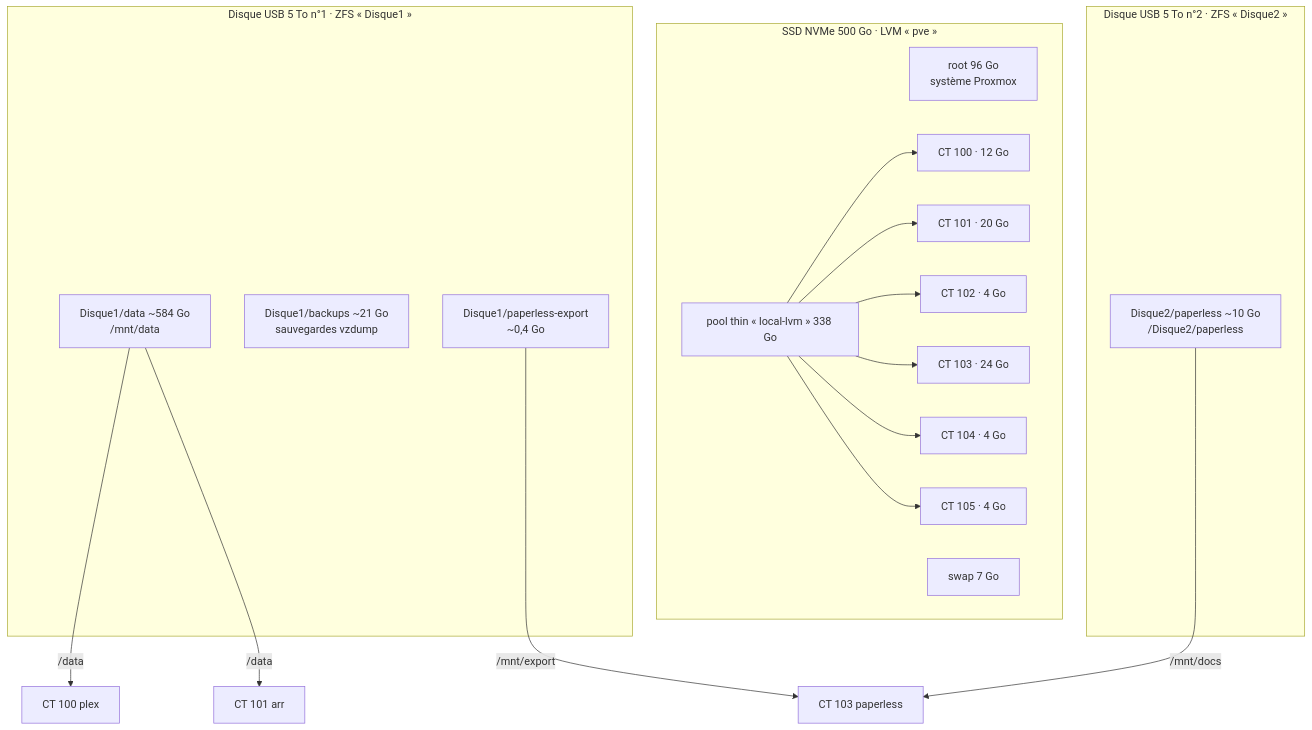
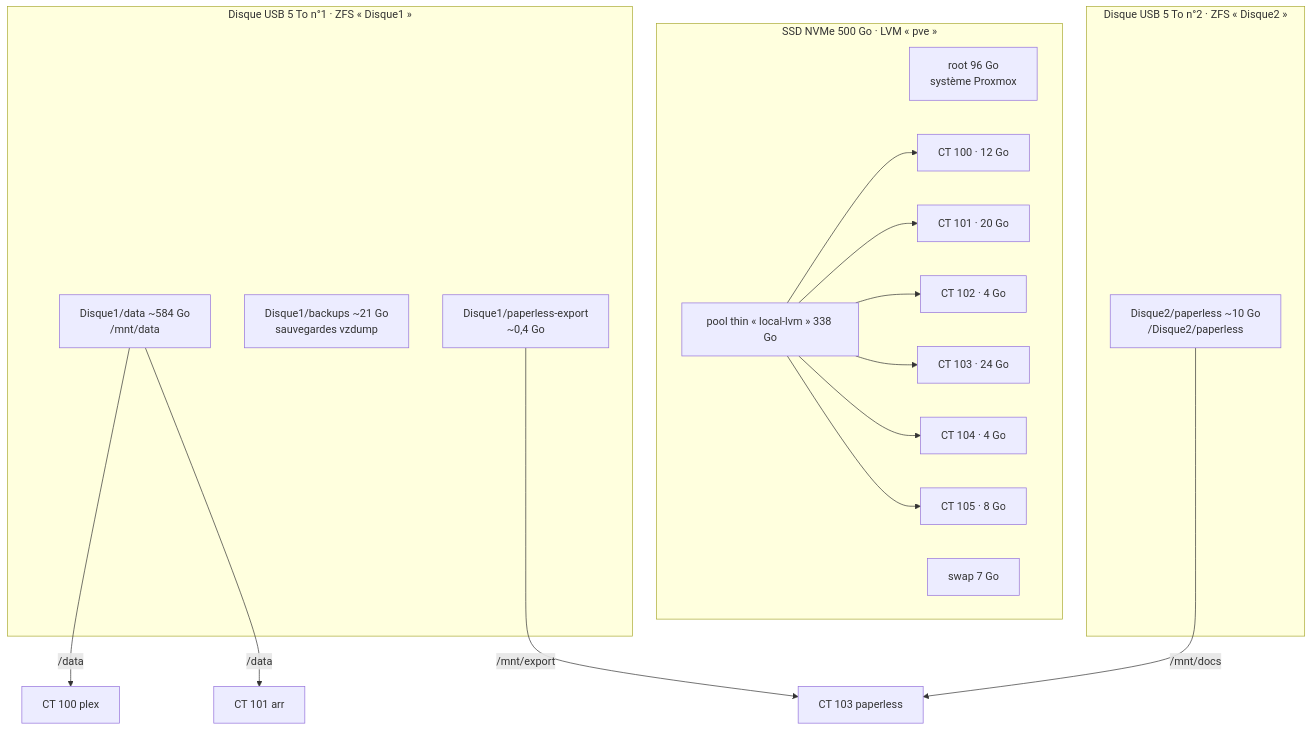
Before and after one commit to BksSidAhmed/infra-pve: the third of 4 diagrams in docs/schemas.md, drawn with Mermaid. The commit also changed 4 other files, not shown here.

````diff
--- a/docs/schemas.md
+++ b/docs/schemas.md
@@ -78,26 +78,26 @@
 ```mermaid
 flowchart TB
     subgraph nvme["SSD NVMe 500 Go · LVM « pve »"]
         root["root 96 Go<br/>système Proxmox"]
         swap["swap 7 Go"]
         thin["pool thin « local-lvm » 338 Go"]
         thin --> d100["CT 100 · 12 Go"]
         thin --> d101["CT 101 · 20 Go"]
         thin --> d102["CT 102 · 4 Go"]
         thin --> d103["CT 103 · 24 Go"]
         thin --> d104["CT 104 · 4 Go"]
-        thin --> d105["CT 105 · 4 Go"]
+        thin --> d105["CT 105 · 8 Go"]
     end
     subgraph usb1["Disque USB 5 To n°1 · ZFS « Disque1 »"]
         data["Disque1/data ~584 Go<br/>/mnt/data"]
         bk["Disque1/backups ~21 Go<br/>sauvegardes vzdump"]
         pexp["Disque1/paperless-export<br/>~0,4 Go"]
     end
     subgraph usb2["Disque USB 5 To n°2 · ZFS « Disque2 »"]
         pdocs["Disque2/paperless ~10 Go<br/>/Disque2/paperless"]
     end
     data -->|"/data"| c100["CT 100 plex"]
     data -->|"/data"| c101["CT 101 arr"]
     pdocs -->|"/mnt/docs"| c103["CT 103 paperless"]
     pexp -->|"/mnt/export"| c103
 ```
````
